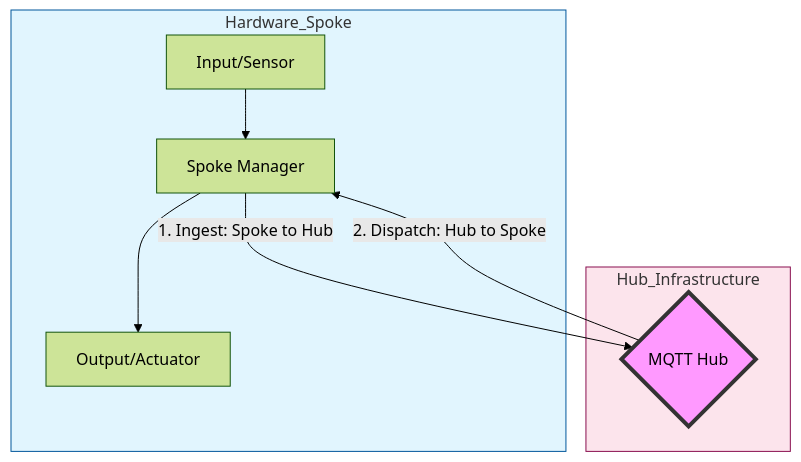
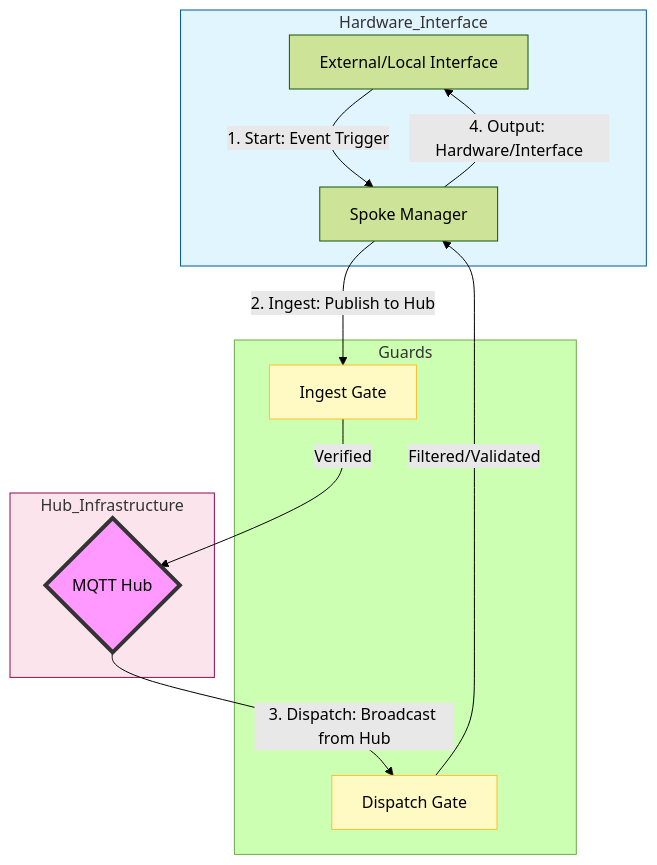
One commit to LikeDotAudio/OPEN-AIR changed the first of 3 diagrams in oaComProtocols/oaComNmos/Documentation/stateflow.md. Above: the diagram before and after it, drawn with Mermaid (forest theme). The commit also changed other lines of this file and 21 other files, not shown here.

````diff
--- a/oaComProtocols/oaComNmos/Documentation/stateflow.md
+++ b/oaComProtocols/oaComNmos/Documentation/stateflow.md
@@ -8,18 +7,27 @@
 ```mermaid
 graph TD
-    subgraph Hardware_Spoke
-        A[Input/Sensor] --> B[Spoke Manager]
-        B --> C[Output/Actuator]
+    subgraph Hardware_Interface
+        A[External/Local Interface] -- 1. Start: Event Trigger --> B[Spoke Manager]
     end
 
     subgraph Hub_Infrastructure
-        D{MQTT Hub}
+        C{MQTT Hub}
     end
 
-    B -- 1. Ingest: Spoke to Hub --> D
-    D -- 2. Dispatch: Hub to Spoke --> B
+    subgraph Guards
+        G1[Ingest Gate]
+        G2[Dispatch Gate]
+    end
 
-    style D fill:#f9f,stroke:#333,stroke-width:4px
-    style Hardware_Spoke fill:#e1f5fe,stroke:#01579b
+    B -- 2. Ingest: Publish to Hub --> G1
+    G1 -- Verified --> C
+    C -- 3. Dispatch: Broadcast from Hub --> G2
+    G2 -- Filtered/Validated --> B
+    B -- 4. Output: Hardware/Interface --> A
+
+    style C fill:#f9f,stroke:#333,stroke-width:4px
+    style G1 fill:#fff9c4,stroke:#fbc02d
+    style G2 fill:#fff9c4,stroke:#fbc02d
+    style Hardware_Interface fill:#e1f5fe,stroke:#01579b
     style Hub_Infrastructure fill:#fce4ec,stroke:#880e4f
 ```
````
